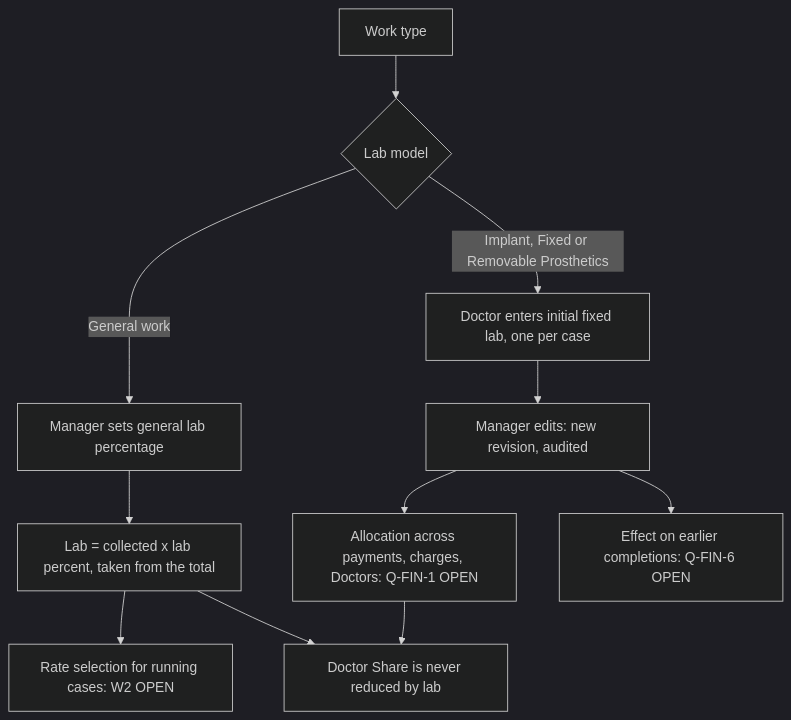
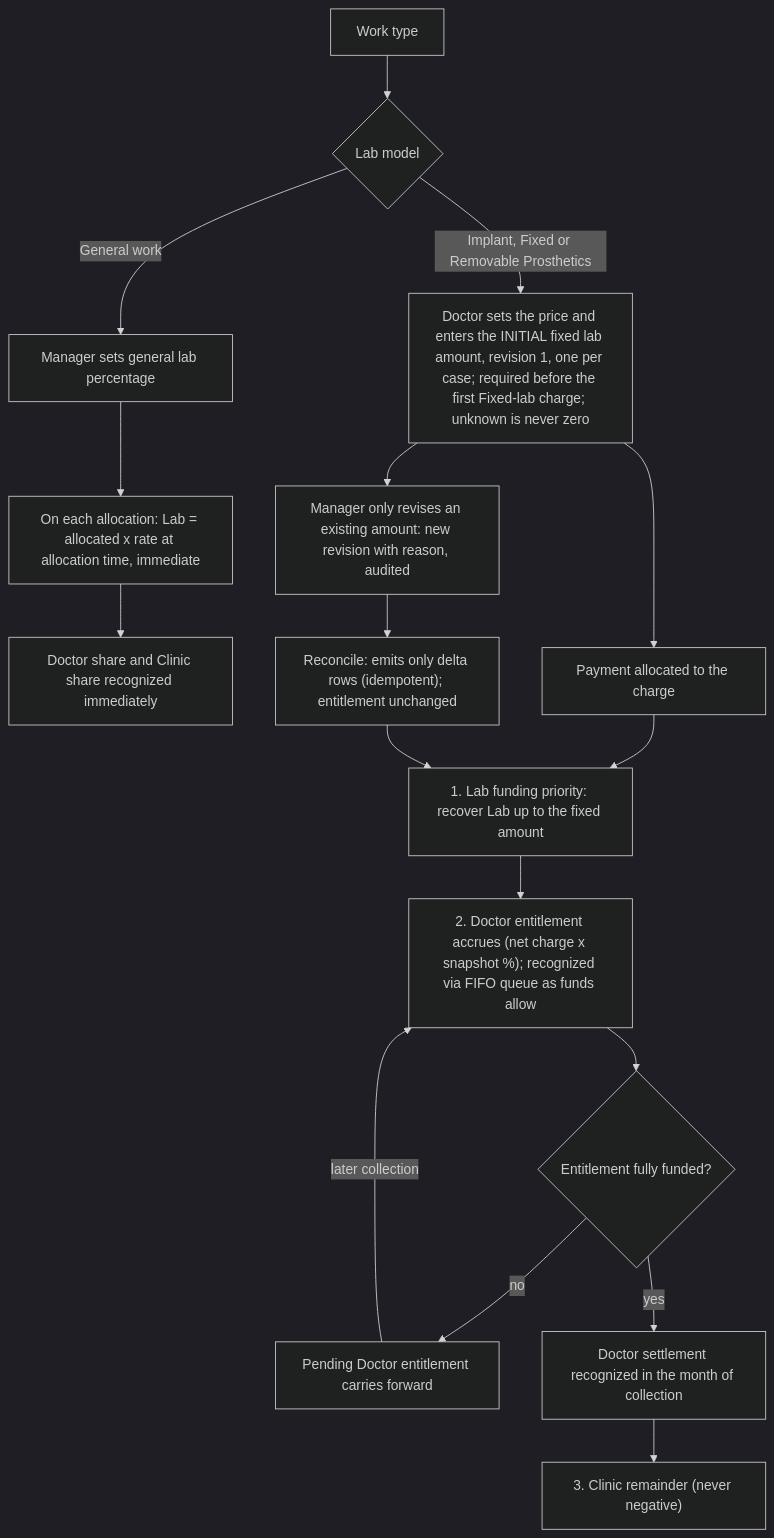
Before and after one commit to mostafaabdullah11/Dental-clinical-system: diagram 15 of 26 in docs/DIAGRAMS.md, drawn with Mermaid (dark theme). The commit also changed other lines of this file and 51 other files, not shown here.

````diff
--- a/docs/DIAGRAMS.md
+++ b/docs/DIAGRAMS.md
@@ -430,13 +487,19 @@
 ```mermaid
 flowchart TD
     W["Work type"] --> T{"Lab model"}
     T -->|"General work"| G["Manager sets general lab percentage"]
-    G --> G2["Lab = collected x lab percent, taken from the total"]
-    G2 --> G3["Rate selection for running cases: W2 OPEN"]
-    T -->|"Implant, Fixed or Removable Prosthetics"| F["Doctor enters initial fixed lab, one per case"]
-    F --> F2["Manager edits: new revision, audited"]
-    F2 --> F3["Allocation across payments, charges, Doctors: Q-FIN-1 OPEN"]
-    F2 --> F4["Effect on earlier completions: Q-FIN-6 OPEN"]
-    G2 --> DS["Doctor Share is never reduced by lab"]
-    F3 --> DS
+    G --> G2["On each allocation: Lab = allocated x rate at allocation time, immediate"]
+    G2 --> G4["Doctor share and Clinic share recognized immediately"]
+    T -->|"Implant, Fixed or Removable Prosthetics"| F["Doctor sets the price and enters the INITIAL fixed lab amount, revision 1, one per case; required before the first Fixed-lab charge; unknown is never zero"]
+    F --> F2["Manager only revises an existing amount: new revision with reason, audited"]
+    F --> PAYM["Payment allocated to the charge"]
+    PAYM --> S1["1. Lab funding priority: recover Lab up to the fixed amount"]
+    S1 --> S2["2. Doctor entitlement accrues (net charge x snapshot %); recognized via FIFO queue as funds allow"]
+    S2 --> PEND{"Entitlement fully funded?"}
+    PEND -->|"no"| S2P["Pending Doctor entitlement carries forward"]
+    S2P -->|"later collection"| S2
+    PEND -->|"yes"| S2S["Doctor settlement recognized in the month of collection"]
+    S2S --> S3["3. Clinic remainder (never negative)"]
+    F2 --> RC["Reconcile: emits only delta rows (idempotent); entitlement unchanged"]
+    RC --> S1
 ```
````
